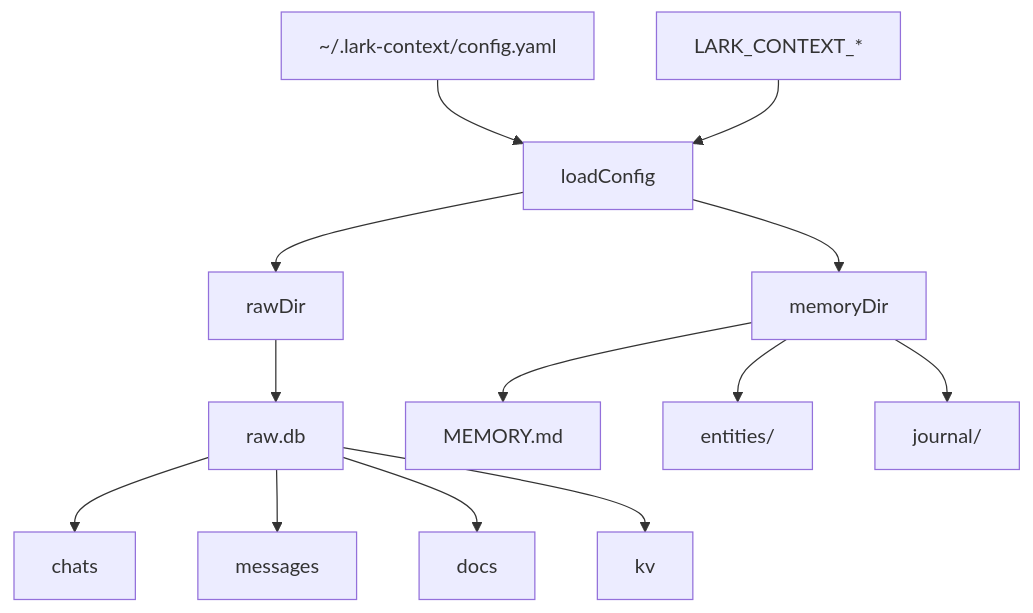
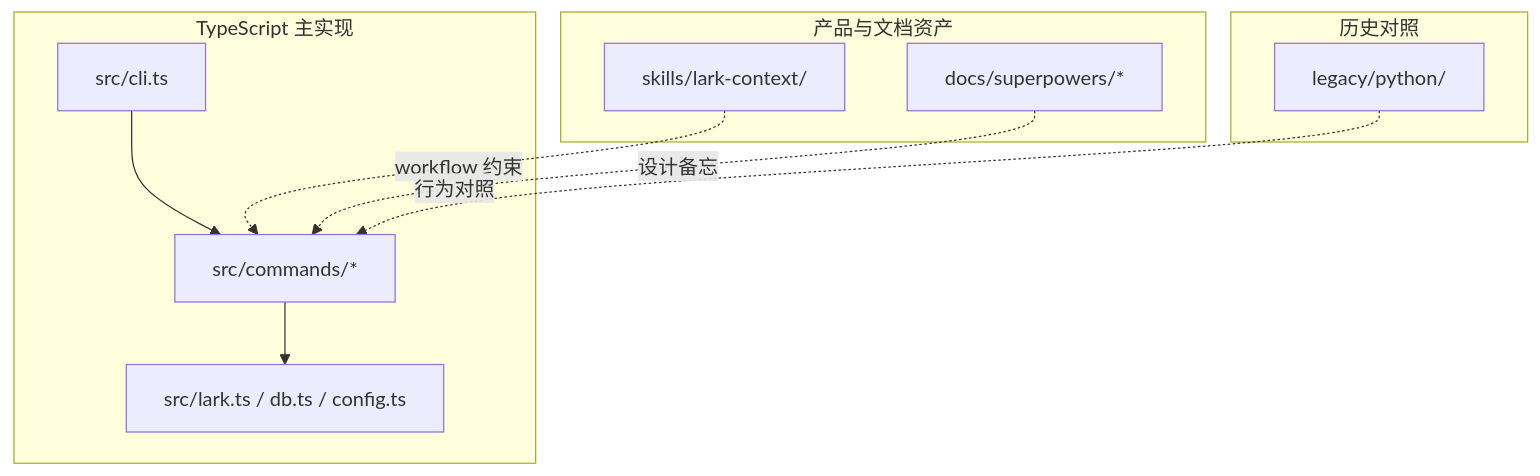
One commit to dragonforce2010/awesome-ai-repos-deepwiki changed the second of 9 diagrams in project-wiki/lark-context/exports/full-wiki.md. Above: the diagram before and after it, drawn with Mermaid. The commit also changed other lines of this file and 27 other files, not shown here.

Commit message:
wiki(lark-context): add/update DeepWiki for lark-context

````diff
--- a/project-wiki/lark-context/exports/full-wiki.md
+++ b/project-wiki/lark-context/exports/full-wiki.md
@@ -1331,15 +419,19 @@
 ```mermaid
-flowchart TD
-  ConfigYaml["~/.lark-context/config.yaml"] --> CLI["loadConfig"]
-  Env["LARK_CONTEXT_*"] --> CLI
-  CLI --> RawDir["rawDir"]
-  CLI --> MemoryDir["memoryDir"]
-  RawDir --> DB["raw.db"]
-  DB --> Chats["chats"]
-  DB --> Messages["messages"]
-  DB --> Docs["docs"]
-  DB --> KV["kv"]
-  MemoryDir --> Index["MEMORY.md"]
-  MemoryDir --> Entities["entities/"]
-  MemoryDir --> Journal["journal/"]
+graph TD
+  subgraph TS["TypeScript 主实现"]
+    Cli["src/cli.ts"]
+    Cmds["src/commands/*"]
+    Core["src/lark.ts / db.ts / config.ts"]
+    Cli --> Cmds --> Core
+  end
+  subgraph Assets["产品与文档资产"]
+    Skill["skills/lark-context/"]
+    Docs["docs/superpowers/*"]
+  end
+  subgraph Legacy["历史对照"]
+    Py["legacy/python/"]
+  end
+  Skill -.->|"workflow 约束"| Cmds
+  Docs -.->|"设计备忘"| Cmds
+  Py -.->|"行为对照"| Cmds
 ```
````
